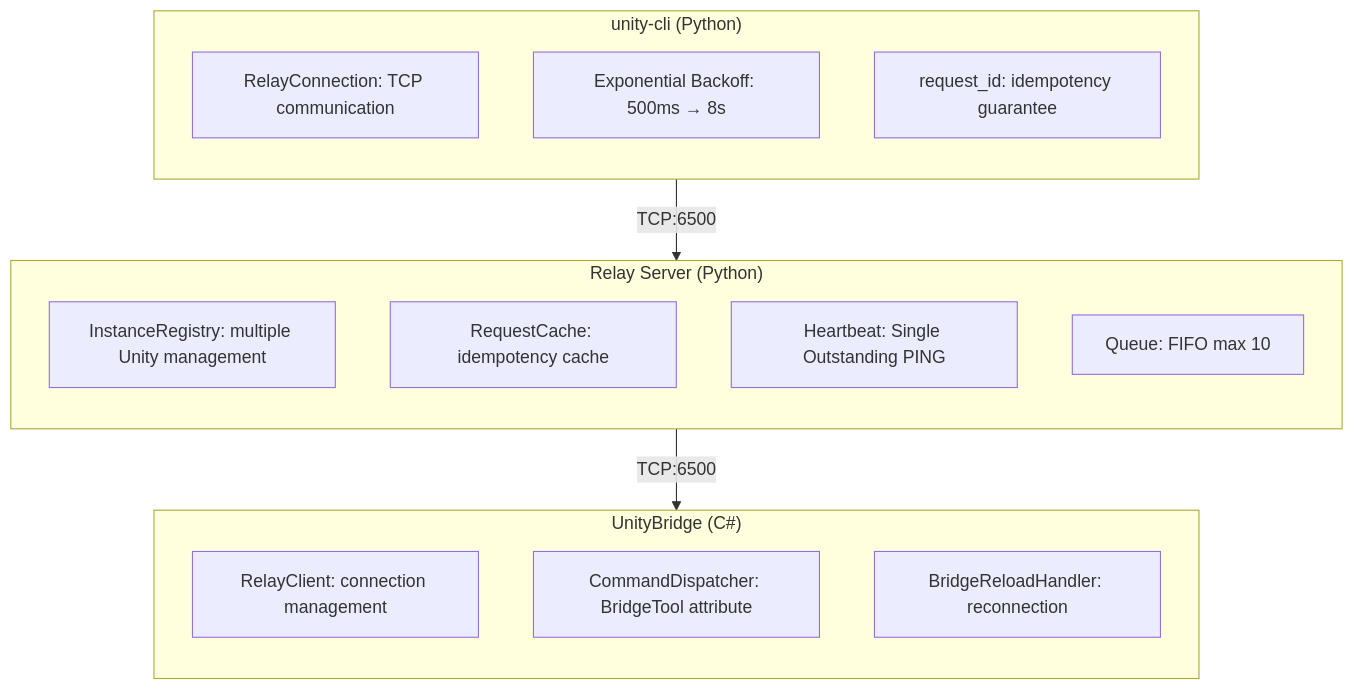
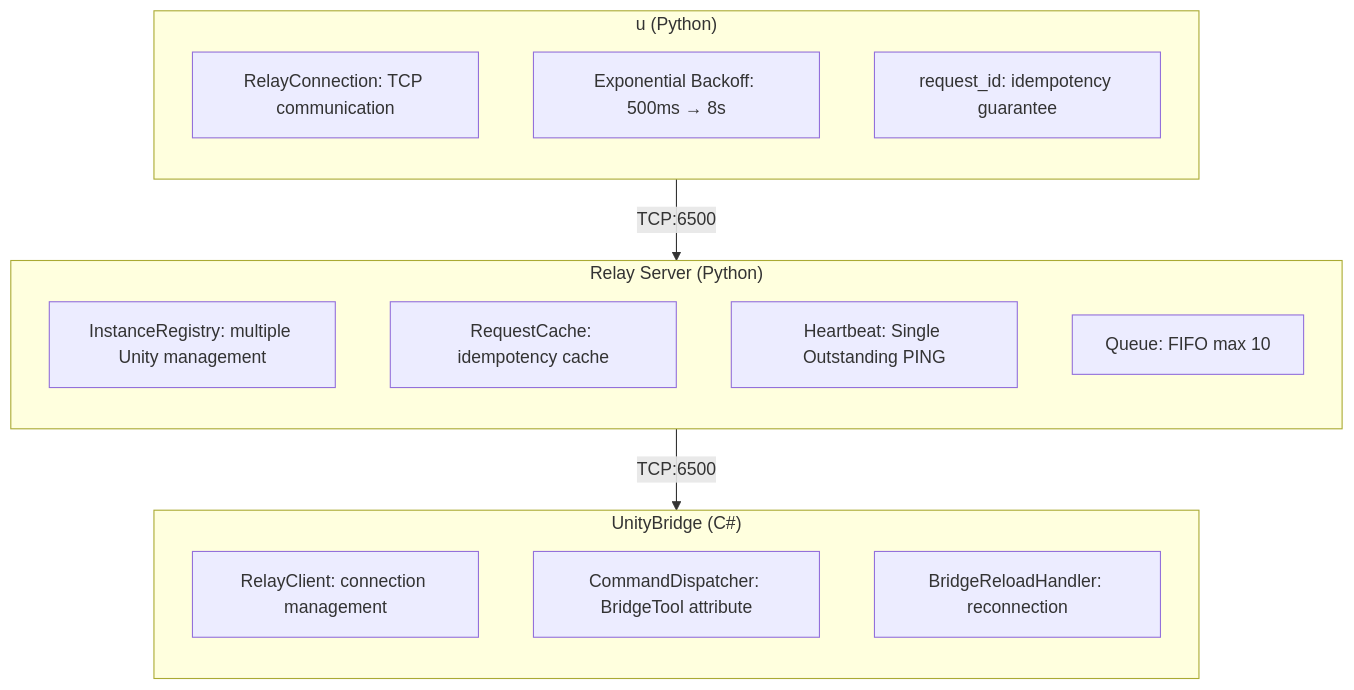
One commit to bigdra50/unity-mcp-client changed the diagram in README.md. Above: the diagram before and after it, drawn with Mermaid. The commit also changed other lines of this file and 1 other file, not shown here.

First line of the commit message:
✨ feat(cli): u, unityエイリアスを追加

````diff
--- a/README.md
+++ b/README.md
@@ -343,27 +346,27 @@
 ```mermaid
 flowchart TB
-    subgraph CLI["unity-cli (Python)"]
+    subgraph CLI["u (Python)"]
         direction TB
         RC[RelayConnection: TCP communication]
         EB[Exponential Backoff: 500ms → 8s]
         RID[request_id: idempotency guarantee]
     end
 
     subgraph Relay["Relay Server (Python)"]
         direction TB
         IR[InstanceRegistry: multiple Unity management]
         Cache[RequestCache: idempotency cache]
         HB[Heartbeat: Single Outstanding PING]
         Q[Queue: FIFO max 10]
     end
 
     subgraph Unity["UnityBridge (C#)"]
         direction TB
         Client[RelayClient: connection management]
         Dispatcher[CommandDispatcher: BridgeTool attribute]
         Reload[BridgeReloadHandler: reconnection]
     end
 
     CLI -->|TCP:6500| Relay
     Relay -->|TCP:6500| Unity
 ```
````
